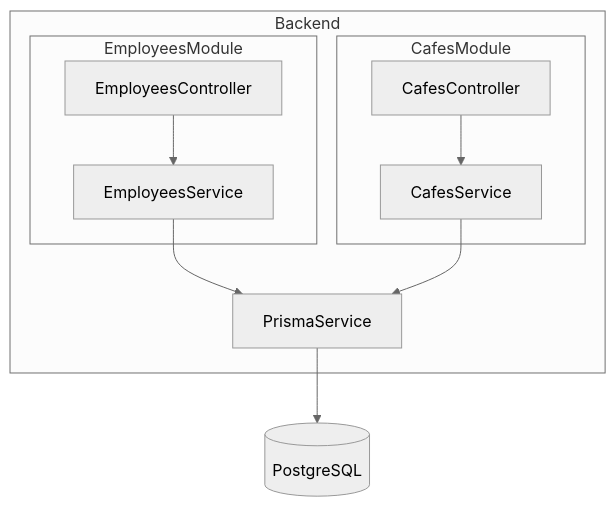
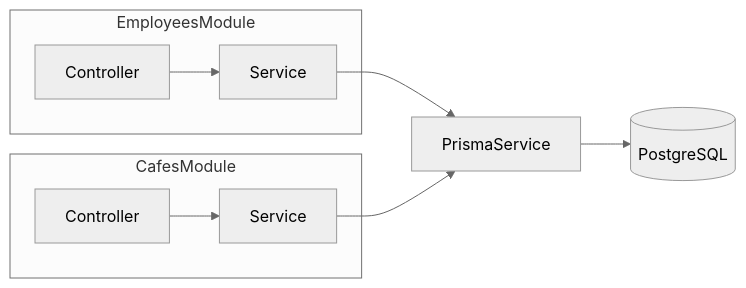
One commit to YellowO2/cafe-manager-gic changed the first of 2 diagrams in README.md. Above: the diagram before and after it, drawn with Mermaid (neutral theme). The commit also changed other lines of this file, not shown here.

````diff
--- a/README.md
+++ b/README.md
@@ -91,23 +89,20 @@
 ```mermaid
-graph TB
-    subgraph Backend
-        subgraph EmployeesModule
-            EmpController[EmployeesController]
-            EmpService[EmployeesService]
-            EmpController --> EmpService
-        end
-        
-        subgraph CafesModule
-            CafeController[CafesController]
-            CafeService[CafesService]
-            CafeController --> CafeService
-        end
-        
-        PrismaService[PrismaService]
-        
-        EmpService --> PrismaService
-        CafeService --> PrismaService
+graph LR
+    subgraph EmployeesModule
+        EmpC[Controller]
+        EmpS[Service]
+        EmpC --> EmpS
     end
     
+    subgraph CafesModule
+        CafeC[Controller]
+        CafeS[Service]
+        CafeC --> CafeS
+    end
+    
+    PrismaService[PrismaService]
+    
+    EmpS --> PrismaService
+    CafeS --> PrismaService
     PrismaService --> DB[(PostgreSQL)]
 ```
````
